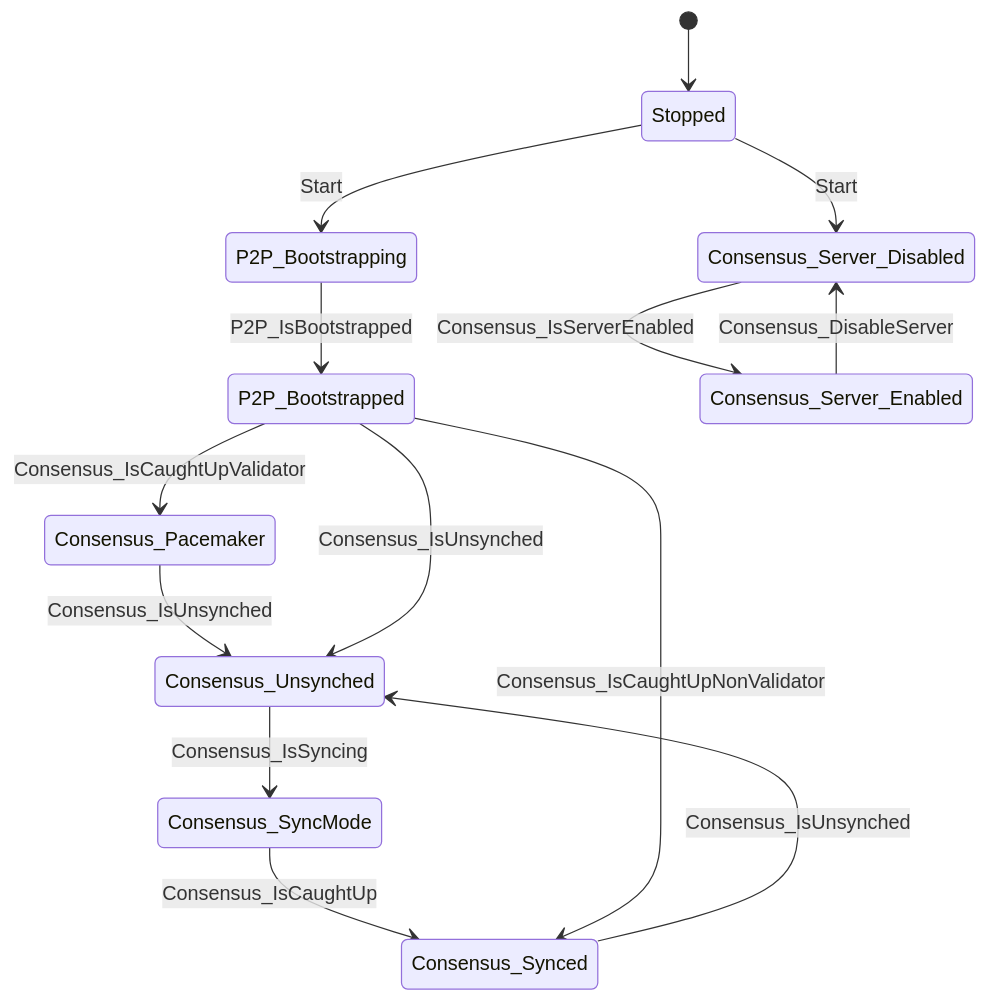
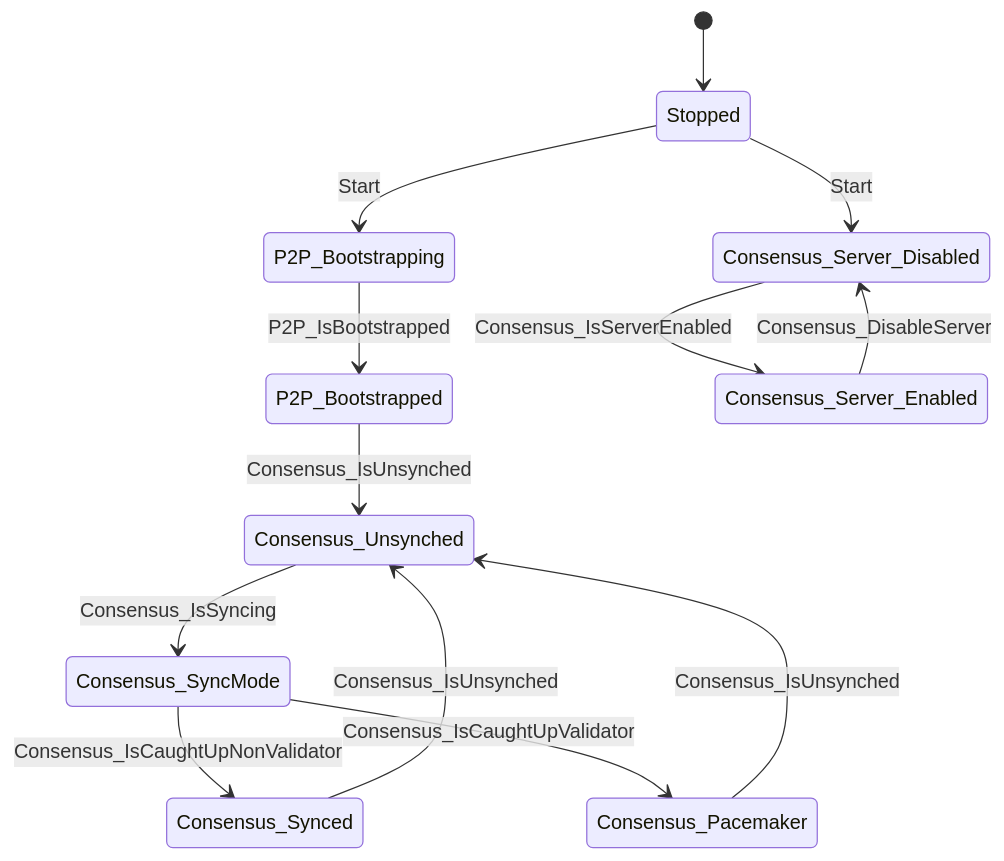
The diagram in state_machine/docs/state-machine.diagram.md (pokt-network/pocket), drawn with Mermaid before and after one commit. The commit also changed 2 other files, not shown here.

Commit message:
update events

````diff
--- a/state_machine/docs/state-machine.diagram.md
+++ b/state_machine/docs/state-machine.diagram.md
@@ -5,16 +5,15 @@
 ```mermaid
 stateDiagram-v2
     [*] --> Stopped
     Consensus_Synced --> Consensus_Unsynched: Consensus_IsUnsynched
-    Consensus_SyncMode --> Consensus_Synced: Consensus_IsCaughtUp
+    Consensus_Pacemaker --> Consensus_Unsynched: Consensus_IsUnsynched
+    Consensus_SyncMode --> Consensus_Synced: Consensus_IsCaughtUpNonValidator
+    Consensus_SyncMode --> Consensus_Pacemaker: Consensus_IsCaughtUpValidator
     Consensus_Unsynched --> Consensus_SyncMode: Consensus_IsSyncing
-    Consensus_Pacemaker --> Consensus_Unsynched: Consensus_IsUnsynched
-    P2P_Bootstrapped --> Consensus_Pacemaker: Consensus_IsCaughtUpValidator
-    P2P_Bootstrapped --> Consensus_Synced: Consensus_IsCaughtUpNonValidator
     P2P_Bootstrapped --> Consensus_Unsynched: Consensus_IsUnsynched
     P2P_Bootstrapping --> P2P_Bootstrapped: P2P_IsBootstrapped
     Consensus_Server_Enabled --> Consensus_Server_Disabled: Consensus_DisableServer
     Consensus_Server_Disabled --> Consensus_Server_Enabled: Consensus_IsServerEnabled
     Stopped --> Consensus_Server_Disabled: Start
     Stopped --> P2P_Bootstrapping: Start
 ```
````
